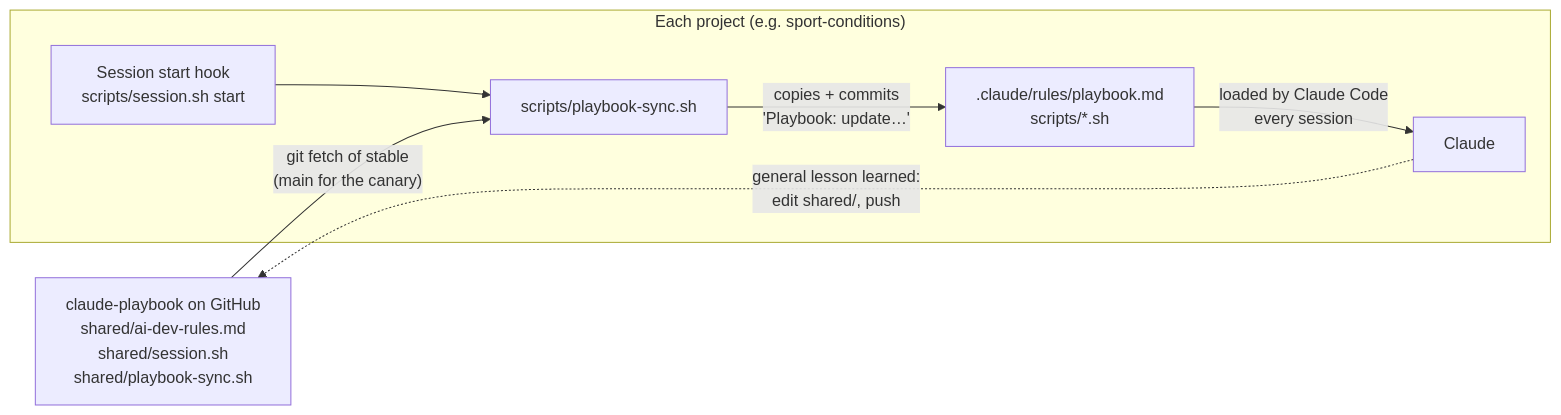
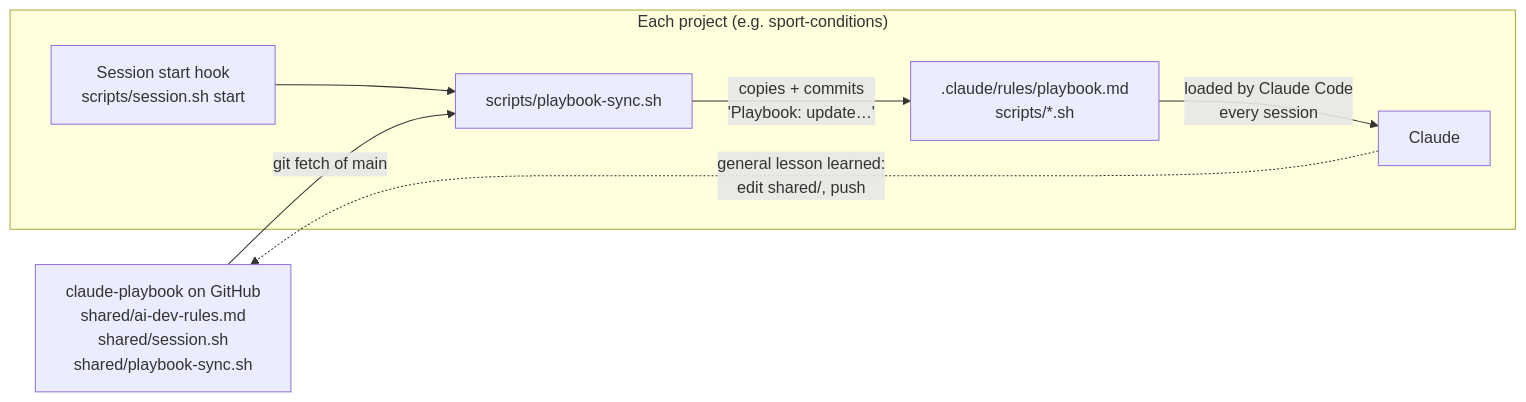
The diagram in docs/ARCHITECTURE.md (leo-hyde/claude-playbook), drawn with Mermaid before and after one commit. The commit also changed other lines of this file and 22 other files, not shown here.

````diff
--- a/docs/ARCHITECTURE.md
+++ b/docs/ARCHITECTURE.md
@@ -11,11 +11,11 @@
 ```mermaid
 flowchart LR
   PB["claude-playbook on GitHub<br/>shared/ai-dev-rules.md<br/>shared/session.sh<br/>shared/playbook-sync.sh"]
   subgraph Project["Each project (e.g. sport-conditions)"]
     Hook["Session start hook<br/>scripts/session.sh start"] --> Sync["scripts/playbook-sync.sh"]
     Sync -->|"copies + commits<br/>'Playbook: update…'"| Rules[".claude/rules/playbook.md<br/>scripts/*.sh"]
     Rules -->|"loaded by Claude Code<br/>every session"| Claude["Claude"]
   end
-  PB -->|"git fetch of stable<br/>(main for the canary)"| Sync
+  PB -->|"git fetch of main"| Sync
   Claude -.->|"general lesson learned:<br/>edit shared/, push"| PB
 ```
````
